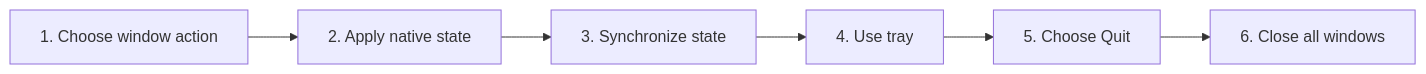
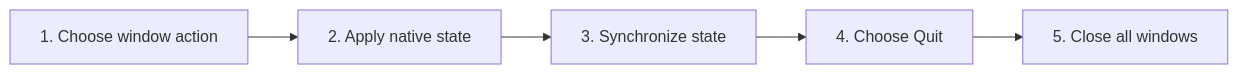
Before and after one commit to the-long-ride/markdown-explorer: the diagram in docs/instructions/02-use-cases/UC-026-window-tray-fullscreen-zoom-quit.md, drawn with Mermaid. The commit also changed other lines of this file and 542 other files, not shown here.

````diff
--- a/docs/instructions/02-use-cases/UC-026-window-tray-fullscreen-zoom-quit.md
+++ b/docs/instructions/02-use-cases/UC-026-window-tray-fullscreen-zoom-quit.md
@@ -51,14 +49,12 @@
 ```mermaid
 flowchart LR
     S1["1. Choose window action"]
     S2["2. Apply native state"]
     S1 --> S2
     S3["3. Synchronize state"]
     S2 --> S3
-    S4["4. Use tray"]
+    S4["4. Choose Quit"]
     S3 --> S4
-    S5["5. Choose Quit"]
+    S5["5. Close all windows"]
     S4 --> S5
-    S6["6. Close all windows"]
-    S5 --> S6
 ```
````
